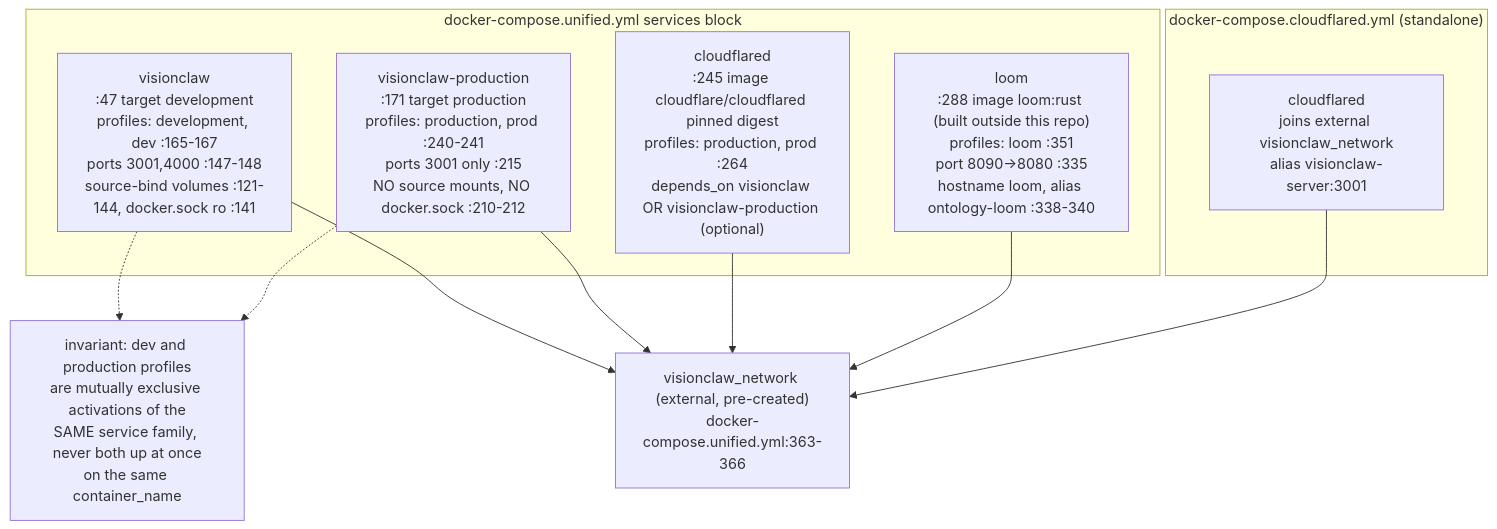
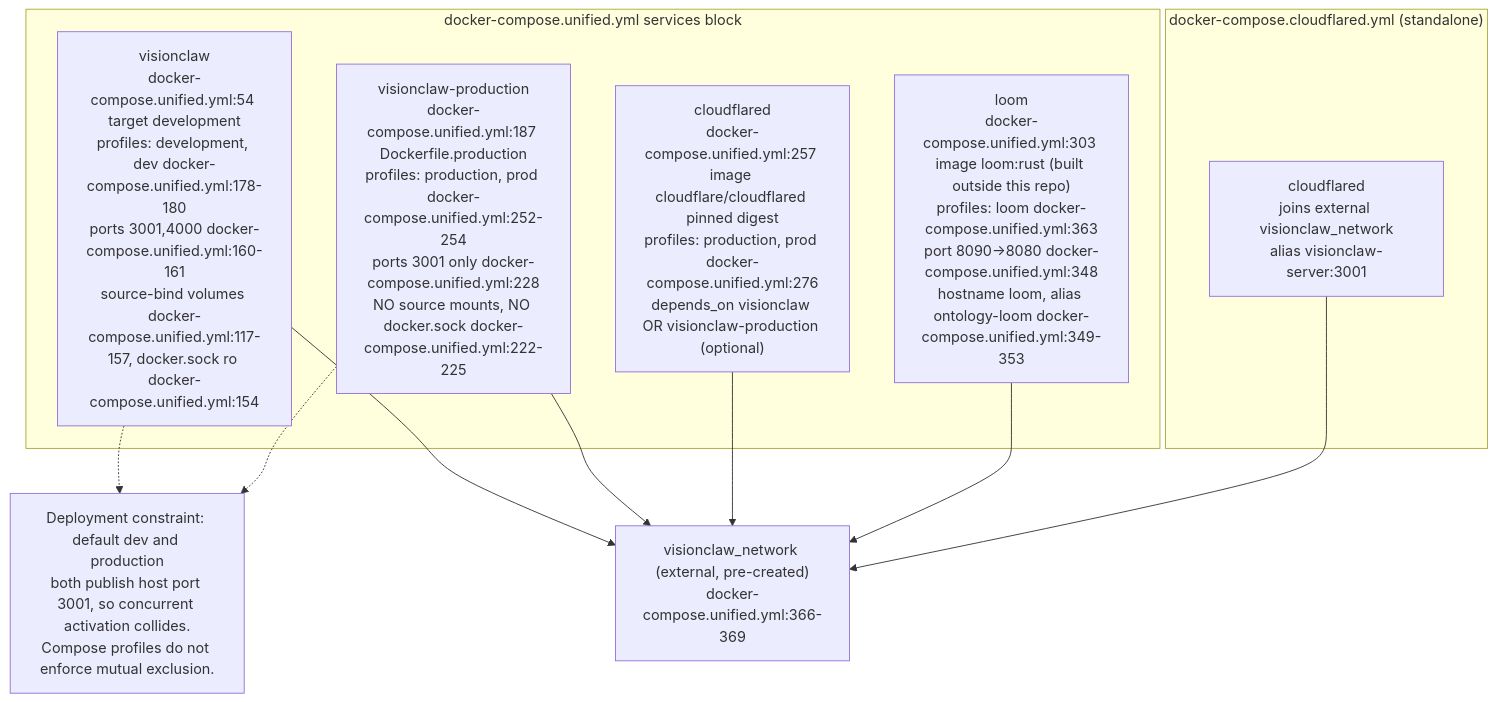
The eighth of 21 diagrams in docs/diagrams/estate/09-build-deploy-and-ci-estate.md (DreamLab-AI/VisionFlow), drawn with Mermaid before and after one commit. The commit also changed other lines of this file and 51 other files, not shown here.

First line of the commit message:
docs(diagrams): agentbox AB-01..13 re-attested anchor by anchor (980 anchors, 22 defects); checkpoint against an out-of-mesh writer

````diff
--- a/docs/diagrams/estate/09-build-deploy-and-ci-estate.md
+++ b/docs/diagrams/estate/09-build-deploy-and-ci-estate.md
@@ -285,23 +285,23 @@
 ```mermaid
 flowchart TB
     subgraph PROFILES["docker-compose.unified.yml services block"]
-        DEVSVC["visionclaw<br/>:47 target development<br/>profiles: development, dev :165-167<br/>ports 3001,4000 :147-148<br/>source-bind volumes :121-144, docker.sock ro :141"]
-        PRODSVC["visionclaw-production<br/>:171 target production<br/>profiles: production, prod :240-241<br/>ports 3001 only :215<br/>NO source mounts, NO docker.sock :210-212"]
-        CLOUDFLARED["cloudflared<br/>:245 image cloudflare/cloudflared pinned digest<br/>profiles: production, prod :264<br/>depends_on visionclaw OR visionclaw-production (optional)"]
-        LOOM["loom<br/>:288 image loom:rust (built outside this repo)<br/>profiles: loom :351<br/>port 8090->8080 :335<br/>hostname loom, alias ontology-loom :338-340"]
+        DEVSVC["visionclaw<br/>docker-compose.unified.yml:54 target development<br/>profiles: development, dev docker-compose.unified.yml:178-180<br/>ports 3001,4000 docker-compose.unified.yml:160-161<br/>source-bind volumes docker-compose.unified.yml:117-157, docker.sock ro docker-compose.unified.yml:154"]
+        PRODSVC["visionclaw-production<br/>docker-compose.unified.yml:187 Dockerfile.production<br/>profiles: production, prod docker-compose.unified.yml:252-254<br/>ports 3001 only docker-compose.unified.yml:228<br/>NO source mounts, NO docker.sock docker-compose.unified.yml:222-225"]
+        CLOUDFLARED["cloudflared<br/>docker-compose.unified.yml:257 image cloudflare/cloudflared pinned digest<br/>profiles: production, prod docker-compose.unified.yml:276<br/>depends_on visionclaw OR visionclaw-production (optional)"]
+        LOOM["loom<br/>docker-compose.unified.yml:303 image loom:rust (built outside this repo)<br/>profiles: loom docker-compose.unified.yml:363<br/>port 8090->8080 docker-compose.unified.yml:348<br/>hostname loom, alias ontology-loom docker-compose.unified.yml:349-353"]
     end
     subgraph EXTFILE["docker-compose.cloudflared.yml (standalone)"]
         CFSTANDALONE["cloudflared<br/>joins external visionclaw_network<br/>alias visionclaw-server:3001"]
     end
-    NET["visionclaw_network (external, pre-created)<br/>docker-compose.unified.yml:363-366"]
+    NET["visionclaw_network (external, pre-created)<br/>docker-compose.unified.yml:366-369"]
 
     DEVSVC --> NET
     PRODSVC --> NET
     CLOUDFLARED --> NET
     LOOM --> NET
     CFSTANDALONE --> NET
 
-    GATE["invariant: dev and production profiles<br/>are mutually exclusive activations of the<br/>SAME service family, never both up at once<br/>on the same container_name"]
+    GATE["Deployment constraint: default dev and production<br/>both publish host port 3001, so concurrent activation collides.<br/>Compose profiles do not enforce mutual exclusion."]
     DEVSVC -.-> GATE
     PRODSVC -.-> GATE
 ```
````
